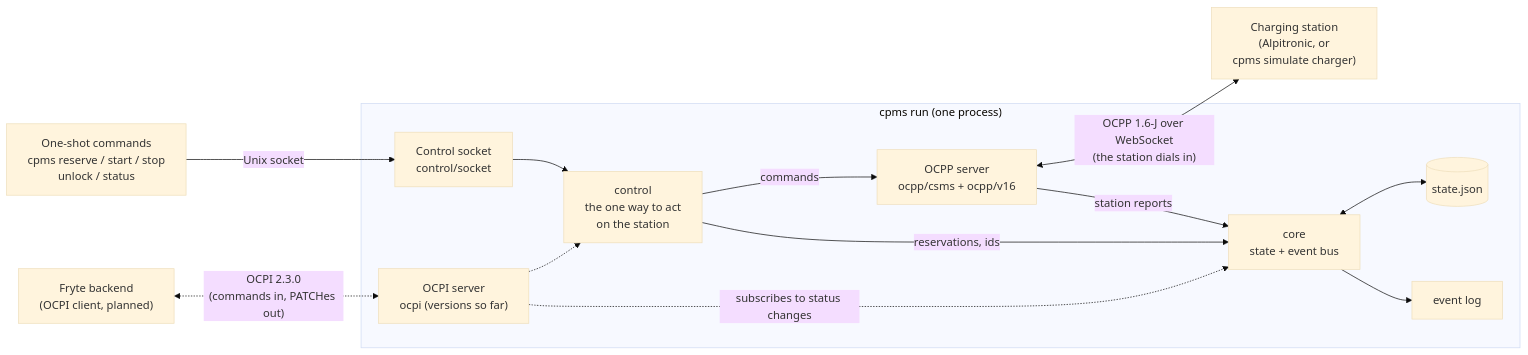
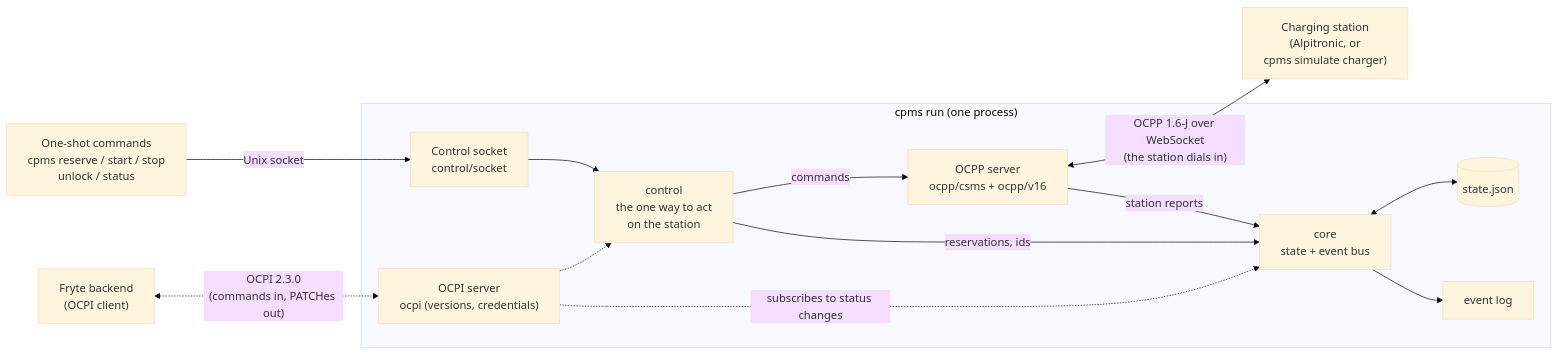
One commit to wolffseb/headless-csms changed the first of 7 diagrams in README.md. Above: the diagram before and after it, drawn with Mermaid (base theme). The commit also changed other lines of this file and 21 other files, not shown here.

First line of the commit message:
Add the OCPI credentials handshake and outbound client (roadmap 5.2)

````diff
--- a/README.md
+++ b/README.md
@@ -352,28 +405,28 @@
 ```mermaid
 flowchart LR
     cli["One-shot commands<br/>cpms reserve / start / stop<br/>unlock / status"]
-    fryte["Fryte backend<br/>(OCPI client, planned)"]
+    fryte["Fryte backend<br/>(OCPI client)"]
     station["Charging station<br/>(Alpitronic, or<br/>cpms simulate charger)"]
 
     subgraph run ["cpms run (one process)"]
         sock["Control socket<br/>control/socket"]
-        ocpi["OCPI server<br/>ocpi (versions so far)"]
+        ocpi["OCPI server<br/>ocpi (versions, credentials)"]
         ctrl["control<br/>the one way to act<br/>on the station"]
         csms["OCPP server<br/>ocpp/csms + ocpp/v16"]
         core["core<br/>state + event bus"]
         store[("state.json")]
         log["event log"]
     end
 
     cli -- "Unix socket" --> sock
     fryte <-. "OCPI 2.3.0<br/>(commands in, PATCHes out)" .-> ocpi
     sock --> ctrl
     ocpi -.-> ctrl
     ctrl -- "commands" --> csms
     csms <-- "OCPP 1.6-J over WebSocket<br/>(the station dials in)" --> station
     ctrl -- "reservations, ids" --> core
     csms -- "station reports" --> core
     ocpi -. "subscribes to status changes" .-> core
     core <--> store
     core --> log
 ```
````
